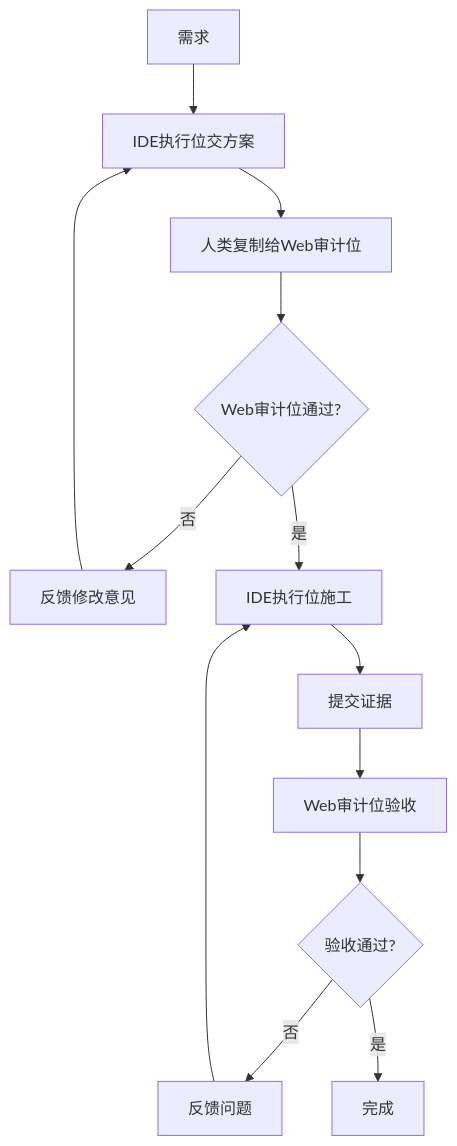
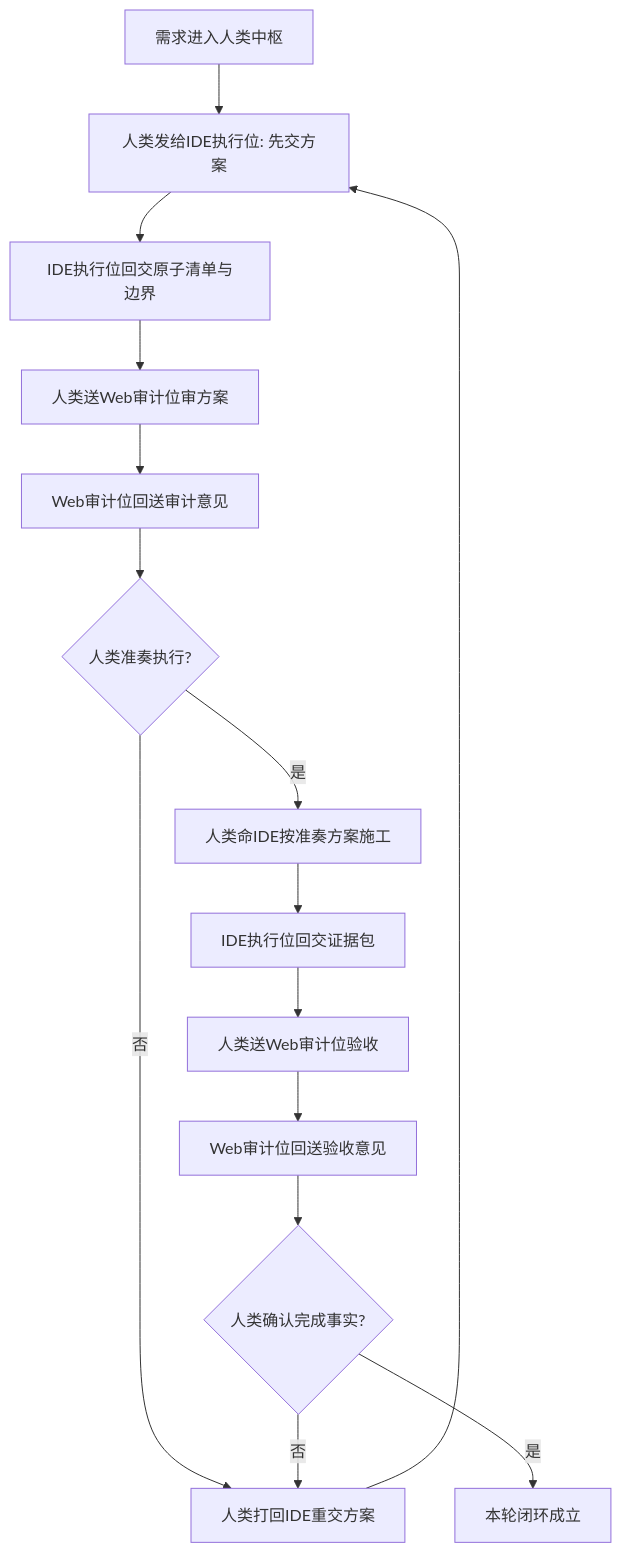
Before and after one commit to blackzhanzhan/Cyber-Ming-Protocol: the first of 2 diagrams in README.md, drawn with Mermaid. The commit also changed other lines of this file and 2 other files, not shown here.

First line of the commit message:
Recenter minimal-loop diagrams on human sovereignty

````diff
--- a/README.md
+++ b/README.md
@@ -53,15 +53,17 @@
 ```mermaid
 graph TD
-    A[需求] --> B[IDE执行位交方案]
-    B --> C[人类复制给Web审计位]
-    C --> D{Web审计位通过?}
-    D -->|否| E[反馈修改意见]
-    E --> B
-    D -->|是| F[IDE执行位施工]
-    F --> G[提交证据]
-    G --> H[Web审计位验收]
-    H --> I{验收通过?}
-    I -->|否| J[反馈问题]
-    J --> F
-    I -->|是| K[完成]
+    A[需求进入人类中枢] --> B[人类发给IDE执行位: 先交方案]
+    B --> C[IDE执行位回交原子清单与边界]
+    C --> D[人类送Web审计位审方案]
+    D --> E[Web审计位回送审计意见]
+    E --> F{人类准奏执行?}
+    F -->|否| G[人类打回IDE重交方案]
+    G --> B
+    F -->|是| H[人类命IDE按准奏方案施工]
+    H --> I[IDE执行位回交证据包]
+    I --> J[人类送Web审计位验收]
+    J --> K[Web审计位回送验收意见]
+    K --> L{人类确认完成事实?}
+    L -->|否| G
+    L -->|是| M[本轮闭环成立]
 ```
````
